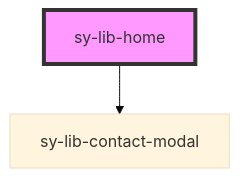
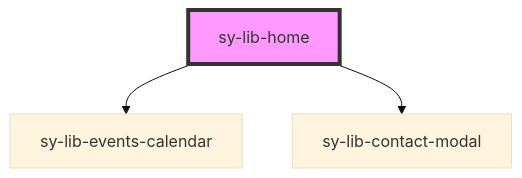
One commit to douglasdamasceno-sydle/sydle-arave changed the diagram in packages/home-page/src/components/home/readme.md. Above: the diagram before and after it, drawn with Mermaid (base theme). The commit also changed other lines of this file and 11 other files, not shown here.

````diff
--- a/packages/home-page/src/components/home/readme.md
+++ b/packages/home-page/src/components/home/readme.md
@@ -15,5 +16,6 @@
 ```mermaid
 graph TD;
+  sy-lib-home --> sy-lib-events-calendar
   sy-lib-home --> sy-lib-contact-modal
   style sy-lib-home fill:#f9f,stroke:#333,stroke-width:4px
 ```
````
